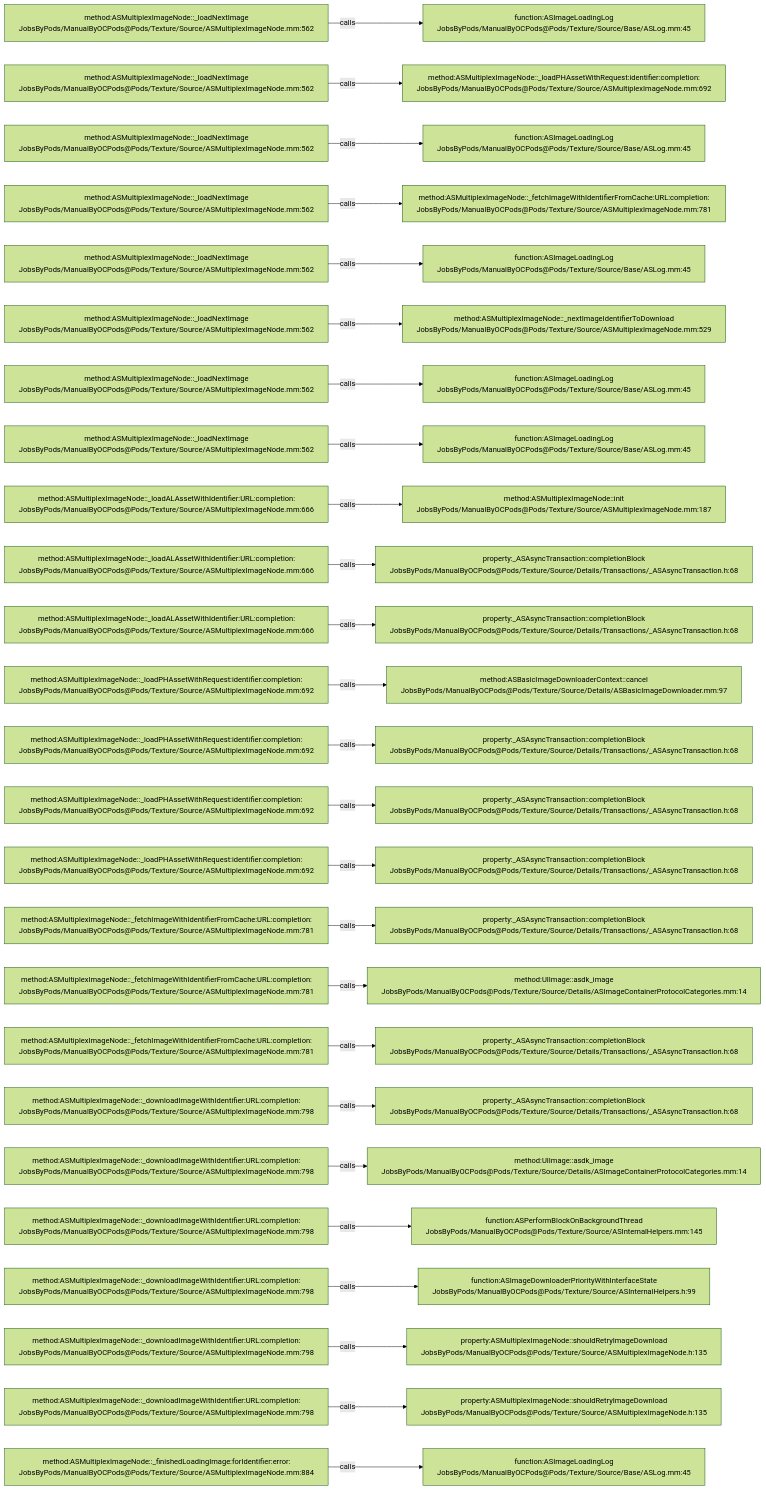
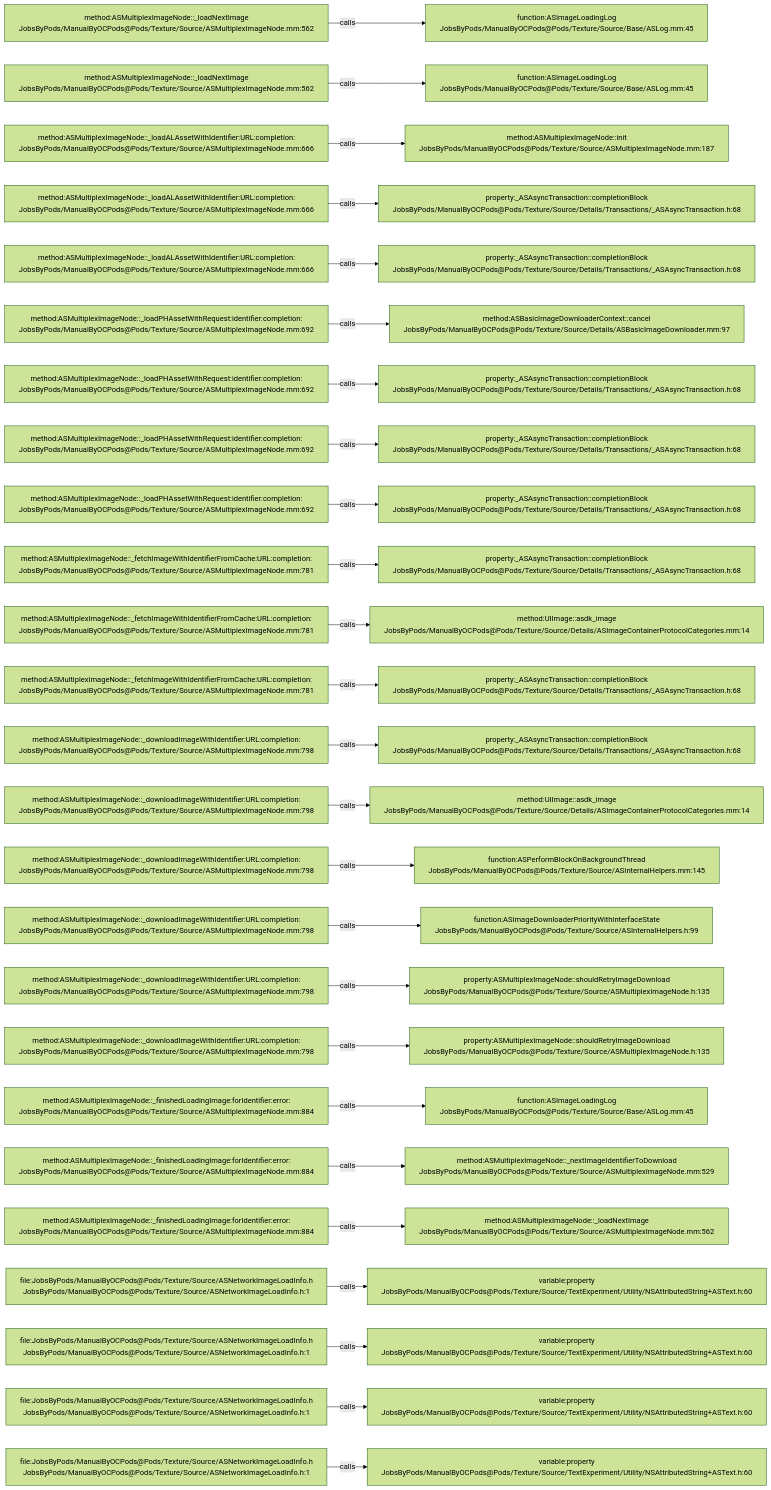
One commit to JobsKits/JobsOCBaseConfigDemo changed the diagram in .codegraph/codegraph.md/graphs/calls-108.md. Above: the diagram before and after it, drawn with Mermaid (forest theme). The commit also changed 666 other files, not shown here.

````diff
--- a/.codegraph/codegraph.md/graphs/calls-108.md
+++ b/.codegraph/codegraph.md/graphs/calls-108.md
@@ -13,78 +13,78 @@
 ```mermaid
 flowchart LR
   S1["method:ASMultiplexImageNode::_loadNextImage<br/>JobsByPods/ManualByOCPods@Pods/Texture/Source/ASMultiplexImageNode.mm:562"]
   T1["function:ASImageLoadingLog<br/>JobsByPods/ManualByOCPods@Pods/Texture/Source/Base/ASLog.mm:45"]
   S1 -->|calls| T1
   S2["method:ASMultiplexImageNode::_loadNextImage<br/>JobsByPods/ManualByOCPods@Pods/Texture/Source/ASMultiplexImageNode.mm:562"]
-  T2["method:ASMultiplexImageNode::_loadPHAssetWithRequest:identifier:completion:<br/>JobsByPods/ManualByOCPods@Pods/Texture/Source/ASMultiplexImageNode.mm:692"]
+  T2["function:ASImageLoadingLog<br/>JobsByPods/ManualByOCPods@Pods/Texture/Source/Base/ASLog.mm:45"]
   S2 -->|calls| T2
-  S3["method:ASMultiplexImageNode::_loadNextImage<br/>JobsByPods/ManualByOCPods@Pods/Texture/Source/ASMultiplexImageNode.mm:562"]
-  T3["function:ASImageLoadingLog<br/>JobsByPods/ManualByOCPods@Pods/Texture/Source/Base/ASLog.mm:45"]
+  S3["method:ASMultiplexImageNode::_loadALAssetWithIdentifier:URL:completion:<br/>JobsByPods/ManualByOCPods@Pods/Texture/Source/ASMultiplexImageNode.mm:666"]
+  T3["method:ASMultiplexImageNode::init<br/>JobsByPods/ManualByOCPods@Pods/Texture/Source/ASMultiplexImageNode.mm:187"]
   S3 -->|calls| T3
-  S4["method:ASMultiplexImageNode::_loadNextImage<br/>JobsByPods/ManualByOCPods@Pods/Texture/Source/ASMultiplexImageNode.mm:562"]
-  T4["method:ASMultiplexImageNode::_fetchImageWithIdentifierFromCache:URL:completion:<br/>JobsByPods/ManualByOCPods@Pods/Texture/Source/ASMultiplexImageNode.mm:781"]
+  S4["method:ASMultiplexImageNode::_loadALAssetWithIdentifier:URL:completion:<br/>JobsByPods/ManualByOCPods@Pods/Texture/Source/ASMultiplexImageNode.mm:666"]
+  T4["property:_ASAsyncTransaction::completionBlock<br/>JobsByPods/ManualByOCPods@Pods/Texture/Source/Details/Transactions/_ASAsyncTransaction.h:68"]
   S4 -->|calls| T4
-  S5["method:ASMultiplexImageNode::_loadNextImage<br/>JobsByPods/ManualByOCPods@Pods/Texture/Source/ASMultiplexImageNode.mm:562"]
-  T5["function:ASImageLoadingLog<br/>JobsByPods/ManualByOCPods@Pods/Texture/Source/Base/ASLog.mm:45"]
+  S5["method:ASMultiplexImageNode::_loadALAssetWithIdentifier:URL:completion:<br/>JobsByPods/ManualByOCPods@Pods/Texture/Source/ASMultiplexImageNode.mm:666"]
+  T5["property:_ASAsyncTransaction::completionBlock<br/>JobsByPods/ManualByOCPods@Pods/Texture/Source/Details/Transactions/_ASAsyncTransaction.h:68"]
   S5 -->|calls| T5
-  S6["method:ASMultiplexImageNode::_loadNextImage<br/>JobsByPods/ManualByOCPods@Pods/Texture/Source/ASMultiplexImageNode.mm:562"]
-  T6["method:ASMultiplexImageNode::_nextImageIdentifierToDownload<br/>JobsByPods/ManualByOCPods@Pods/Texture/Source/ASMultiplexImageNode.mm:529"]
+  S6["method:ASMultiplexImageNode::_loadPHAssetWithRequest:identifier:completion:<br/>JobsByPods/ManualByOCPods@Pods/Texture/Source/ASMultiplexImageNode.mm:692"]
+  T6["method:ASBasicImageDownloaderContext::cancel<br/>JobsByPods/ManualByOCPods@Pods/Texture/Source/Details/ASBasicImageDownloader.mm:97"]
   S6 -->|calls| T6
-  S7["method:ASMultiplexImageNode::_loadNextImage<br/>JobsByPods/ManualByOCPods@Pods/Texture/Source/ASMultiplexImageNode.mm:562"]
-  T7["function:ASImageLoadingLog<br/>JobsByPods/ManualByOCPods@Pods/Texture/Source/Base/ASLog.mm:45"]
+  S7["method:ASMultiplexImageNode::_loadPHAssetWithRequest:identifier:completion:<br/>JobsByPods/ManualByOCPods@Pods/Texture/Source/ASMultiplexImageNode.mm:692"]
+  T7["property:_ASAsyncTransaction::completionBlock<br/>JobsByPods/ManualByOCPods@Pods/Texture/Source/Details/Transactions/_ASAsyncTransaction.h:68"]
   S7 -->|calls| T7
-  S8["method:ASMultiplexImageNode::_loadNextImage<br/>JobsByPods/ManualByOCPods@Pods/Texture/Source/ASMultiplexImageNode.mm:562"]
-  T8["function:ASImageLoadingLog<br/>JobsByPods/ManualByOCPods@Pods/Texture/Source/Base/ASLog.mm:45"]
+  S8["method:ASMultiplexImageNode::_loadPHAssetWithRequest:identifier:completion:<br/>JobsByPods/ManualByOCPods@Pods/Texture/Source/ASMultiplexImageNode.mm:692"]
+  T8["property:_ASAsyncTransaction::completionBlock<br/>JobsByPods/ManualByOCPods@Pods/Texture/Source/Details/Transactions/_ASAsyncTransaction.h:68"]
   S8 -->|calls| T8
-  S9["method:ASMultiplexImageNode::_loadALAssetWithIdentifier:URL:completion:<br/>JobsByPods/ManualByOCPods@Pods/Texture/Source/ASMultiplexImageNode.mm:666"]
-  T9["method:ASMultiplexImageNode::init<br/>JobsByPods/ManualByOCPods@Pods/Texture/Source/ASMultiplexImageNode.mm:187"]
+  S9["method:ASMultiplexImageNode::_loadPHAssetWithRequest:identifier:completion:<br/>JobsByPods/ManualByOCPods@Pods/Texture/Source/ASMultiplexImageNode.mm:692"]
+  T9["property:_ASAsyncTransaction::completionBlock<br/>JobsByPods/ManualByOCPods@Pods/Texture/Source/Details/Transactions/_ASAsyncTransaction.h:68"]
   S9 -->|calls| T9
-  S10["method:ASMultiplexImageNode::_loadALAssetWithIdentifier:URL:completion:<br/>JobsByPods/ManualByOCPods@Pods/Texture/Source/ASMultiplexImageNode.mm:666"]
+  S10["method:ASMultiplexImageNode::_fetchImageWithIdentifierFromCache:URL:completion:<br/>JobsByPods/ManualByOCPods@Pods/Texture/Source/ASMultiplexImageNode.mm:781"]
   T10["property:_ASAsyncTransaction::completionBlock<br/>JobsByPods/ManualByOCPods@Pods/Texture/Source/Details/Transactions/_ASAsyncTransaction.h:68"]
   S10 -->|calls| T10
-  S11["method:ASMultiplexImageNode::_loadALAssetWithIdentifier:URL:completion:<br/>JobsByPods/ManualByOCPods@Pods/Texture/Source/ASMultiplexImageNode.mm:666"]
-  T11["property:_ASAsyncTransaction::completionBlock<br/>JobsByPods/ManualByOCPods@Pods/Texture/Source/Details/Transactions/_ASAsyncTransaction.h:68"]
+  S11["method:ASMultiplexImageNode::_fetchImageWithIdentifierFromCache:URL:completion:<br/>JobsByPods/ManualByOCPods@Pods/Texture/Source/ASMultiplexImageNode.mm:781"]
+  T11["method:UIImage::asdk_image<br/>JobsByPods/ManualByOCPods@Pods/Texture/Source/Details/ASImageContainerProtocolCategories.mm:14"]
   S11 -->|calls| T11
-  S12["method:ASMultiplexImageNode::_loadPHAssetWithRequest:identifier:completion:<br/>JobsByPods/ManualByOCPods@Pods/Texture/Source/ASMultiplexImageNode.mm:692"]
-  T12["method:ASBasicImageDownloaderContext::cancel<br/>JobsByPods/ManualByOCPods@Pods/Texture/Source/Details/ASBasicImageDownloader.mm:97"]
+  S12["method:ASMultiplexImageNode::_fetchImageWithIdentifierFromCache:URL:completion:<br/>JobsByPods/ManualByOCPods@Pods/Texture/Source/ASMultiplexImageNode.mm:781"]
+  T12["property:_ASAsyncTransaction::completionBlock<br/>JobsByPods/ManualByOCPods@Pods/Texture/Source/Details/Transactions/_ASAsyncTransaction.h:68"]
   S12 -->|calls| T12
-  S13["method:ASMultiplexImageNode::_loadPHAssetWithRequest:identifier:completion:<br/>JobsByPods/ManualByOCPods@Pods/Texture/Source/ASMultiplexImageNode.mm:692"]
+  S13["method:ASMultiplexImageNode::_downloadImageWithIdentifier:URL:completion:<br/>JobsByPods/ManualByOCPods@Pods/Texture/Source/ASMultiplexImageNode.mm:798"]
   T13["property:_ASAsyncTransaction::completionBlock<br/>JobsByPods/ManualByOCPods@Pods/Texture/Source/Details/Transactions/_ASAsyncTransaction.h:68"]
   S13 -->|calls| T13
-  S14["method:ASMultiplexImageNode::_loadPHAssetWithRequest:identifier:completion:<br/>JobsByPods/ManualByOCPods@Pods/Texture/Source/ASMultiplexImageNode.mm:692"]
-  T14["property:_ASAsyncTransaction::completionBlock<br/>JobsByPods/ManualByOCPods@Pods/Texture/Source/Details/Transactions/_ASAsyncTransaction.h:68"]
+  S14["method:ASMultiplexImageNode::_downloadImageWithIdentifier:URL:completion:<br/>JobsByPods/ManualByOCPods@Pods/Texture/Source/ASMultiplexImageNode.mm:798"]
+  T14["method:UIImage::asdk_image<br/>JobsByPods/ManualByOCPods@Pods/Texture/Source/Details/ASImageContainerProtocolCategories.mm:14"]
   S14 -->|calls| T14
-  S15["method:ASMultiplexImageNode::_loadPHAssetWithRequest:identifier:completion:<br/>JobsByPods/ManualByOCPods@Pods/Texture/Source/ASMultiplexImageNode.mm:692"]
-  T15["property:_ASAsyncTransaction::completionBlock<br/>JobsByPods/ManualByOCPods@Pods/Texture/Source/Details/Transactions/_ASAsyncTransaction.h:68"]
+  S15["method:ASMultiplexImageNode::_downloadImageWithIdentifier:URL:completion:<br/>JobsByPods/ManualByOCPods@Pods/Texture/Source/ASMultiplexImageNode.mm:798"]
+  T15["function:ASPerformBlockOnBackgroundThread<br/>JobsByPods/ManualByOCPods@Pods/Texture/Source/ASInternalHelpers.mm:145"]
   S15 -->|calls| T15
-  S16["method:ASMultiplexImageNode::_fetchImageWithIdentifierFromCache:URL:completion:<br/>JobsByPods/ManualByOCPods@Pods/Texture/Source/ASMultiplexImageNode.mm:781"]
-  T16["property:_ASAsyncTransaction::completionBlock<br/>JobsByPods/ManualByOCPods@Pods/Texture/Source/Details/Transactions/_ASAsyncTransaction.h:68"]
+  S16["method:ASMultiplexImageNode::_downloadImageWithIdentifier:URL:completion:<br/>JobsByPods/ManualByOCPods@Pods/Texture/Source/ASMultiplexImageNode.mm:798"]
+  T16["function:ASImageDownloaderPriorityWithInterfaceState<br/>JobsByPods/ManualByOCPods@Pods/Texture/Source/ASInternalHelpers.h:99"]
   S16 -->|calls| T16
-  S17["method:ASMultiplexImageNode::_fetchImageWithIdentifierFromCache:URL:completion:<br/>JobsByPods/ManualByOCPods@Pods/Texture/Source/ASMultiplexImageNode.mm:781"]
-  T17["method:UIImage::asdk_image<br/>JobsByPods/ManualByOCPods@Pods/Texture/Source/Details/ASImageContainerProtocolCategories.mm:14"]
+  S17["method:ASMultiplexImageNode::_downloadImageWithIdentifier:URL:completion:<br/>JobsByPods/ManualByOCPods@Pods/Texture/Source/ASMultiplexImageNode.mm:798"]
+  T17["property:ASMultiplexImageNode::shouldRetryImageDownload<br/>JobsByPods/ManualByOCPods@Pods/Texture/Source/ASMultiplexImageNode.h:135"]
   S17 -->|calls| T17
-  S18["method:ASMultiplexImageNode::_fetchImageWithIdentifierFromCache:URL:completion:<br/>JobsByPods/ManualByOCPods@Pods/Texture/Source/ASMultiplexImageNode.mm:781"]
-  T18["property:_ASAsyncTransaction::completionBlock<br/>JobsByPods/ManualByOCPods@Pods/Texture/Source/Details/Transactions/_ASAsyncTransaction.h:68"]
+  S18["method:ASMultiplexImageNode::_downloadImageWithIdentifier:URL:completion:<br/>JobsByPods/ManualByOCPods@Pods/Texture/Source/ASMultiplexImageNode.mm:798"]
+  T18["property:ASMultiplexImageNode::shouldRetryImageDownload<br/>JobsByPods/ManualByOCPods@Pods/Texture/Source/ASMultiplexImageNode.h:135"]
   S18 -->|calls| T18
-  S19["method:ASMultiplexImageNode::_downloadImageWithIdentifier:URL:completion:<br/>JobsByPods/ManualByOCPods@Pods/Texture/Source/ASMultiplexImageNode.mm:798"]
-  T19["property:_ASAsyncTransaction::completionBlock<br/>JobsByPods/ManualByOCPods@Pods/Texture/Source/Details/Transactions/_ASAsyncTransaction.h:68"]
+  S19["method:ASMultiplexImageNode::_finishedLoadingImage:forIdentifier:error:<br/>JobsByPods/ManualByOCPods@Pods/Texture/Source/ASMultiplexImageNode.mm:884"]
+  T19["function:ASImageLoadingLog<br/>JobsByPods/ManualByOCPods@Pods/Texture/Source/Base/ASLog.mm:45"]
   S19 -->|calls| T19
-  S20["method:ASMultiplexImageNode::_downloadImageWithIdentifier:URL:completion:<br/>JobsByPods/ManualByOCPods@Pods/Texture/Source/ASMultiplexImageNode.mm:798"]
-  T20["method:UIImage::asdk_image<br/>JobsByPods/ManualByOCPods@Pods/Texture/Source/Details/ASImageContainerProtocolCategories.mm:14"]
+  S20["method:ASMultiplexImageNode::_finishedLoadingImage:forIdentifier:error:<br/>JobsByPods/ManualByOCPods@Pods/Texture/Source/ASMultiplexImageNode.mm:884"]
+  T20["method:ASMultiplexImageNode::_nextImageIdentifierToDownload<br/>JobsByPods/ManualByOCPods@Pods/Texture/Source/ASMultiplexImageNode.mm:529"]
   S20 -->|calls| T20
-  S21["method:ASMultiplexImageNode::_downloadImageWithIdentifier:URL:completion:<br/>JobsByPods/ManualByOCPods@Pods/Texture/Source/ASMultiplexImageNode.mm:798"]
-  T21["function:ASPerformBlockOnBackgroundThread<br/>JobsByPods/ManualByOCPods@Pods/Texture/Source/ASInternalHelpers.mm:145"]
+  S21["method:ASMultiplexImageNode::_finishedLoadingImage:forIdentifier:error:<br/>JobsByPods/ManualByOCPods@Pods/Texture/Source/ASMultiplexImageNode.mm:884"]
+  T21["method:ASMultiplexImageNode::_loadNextImage<br/>JobsByPods/ManualByOCPods@Pods/Texture/Source/ASMultiplexImageNode.mm:562"]
   S21 -->|calls| T21
-  S22["method:ASMultiplexImageNode::_downloadImageWithIdentifier:URL:completion:<br/>JobsByPods/ManualByOCPods@Pods/Texture/Source/ASMultiplexImageNode.mm:798"]
-  T22["function:ASImageDownloaderPriorityWithInterfaceState<br/>JobsByPods/ManualByOCPods@Pods/Texture/Source/ASInternalHelpers.h:99"]
+  S22["file:JobsByPods/ManualByOCPods@Pods/Texture/Source/ASNetworkImageLoadInfo.h<br/>JobsByPods/ManualByOCPods@Pods/Texture/Source/ASNetworkImageLoadInfo.h:1"]
+  T22["variable:property<br/>JobsByPods/ManualByOCPods@Pods/Texture/Source/TextExperiment/Utility/NSAttributedString+ASText.h:60"]
   S22 -->|calls| T22
-  S23["method:ASMultiplexImageNode::_downloadImageWithIdentifier:URL:completion:<br/>JobsByPods/ManualByOCPods@Pods/Texture/Source/ASMultiplexImageNode.mm:798"]
-  T23["property:ASMultiplexImageNode::shouldRetryImageDownload<br/>JobsByPods/ManualByOCPods@Pods/Texture/Source/ASMultiplexImageNode.h:135"]
+  S23["file:JobsByPods/ManualByOCPods@Pods/Texture/Source/ASNetworkImageLoadInfo.h<br/>JobsByPods/ManualByOCPods@Pods/Texture/Source/ASNetworkImageLoadInfo.h:1"]
+  T23["variable:property<br/>JobsByPods/ManualByOCPods@Pods/Texture/Source/TextExperiment/Utility/NSAttributedString+ASText.h:60"]
   S23 -->|calls| T23
-  S24["method:ASMultiplexImageNode::_downloadImageWithIdentifier:URL:completion:<br/>JobsByPods/ManualByOCPods@Pods/Texture/Source/ASMultiplexImageNode.mm:798"]
-  T24["property:ASMultiplexImageNode::shouldRetryImageDownload<br/>JobsByPods/ManualByOCPods@Pods/Texture/Source/ASMultiplexImageNode.h:135"]
+  S24["file:JobsByPods/ManualByOCPods@Pods/Texture/Source/ASNetworkImageLoadInfo.h<br/>JobsByPods/ManualByOCPods@Pods/Texture/Source/ASNetworkImageLoadInfo.h:1"]
+  T24["variable:property<br/>JobsByPods/ManualByOCPods@Pods/Texture/Source/TextExperiment/Utility/NSAttributedString+ASText.h:60"]
   S24 -->|calls| T24
-  S25["method:ASMultiplexImageNode::_finishedLoadingImage:forIdentifier:error:<br/>JobsByPods/ManualByOCPods@Pods/Texture/Source/ASMultiplexImageNode.mm:884"]
-  T25["function:ASImageLoadingLog<br/>JobsByPods/ManualByOCPods@Pods/Texture/Source/Base/ASLog.mm:45"]
+  S25["file:JobsByPods/ManualByOCPods@Pods/Texture/Source/ASNetworkImageLoadInfo.h<br/>JobsByPods/ManualByOCPods@Pods/Texture/Source/ASNetworkImageLoadInfo.h:1"]
+  T25["variable:property<br/>JobsByPods/ManualByOCPods@Pods/Texture/Source/TextExperiment/Utility/NSAttributedString+ASText.h:60"]
   S25 -->|calls| T25
 ```
````
